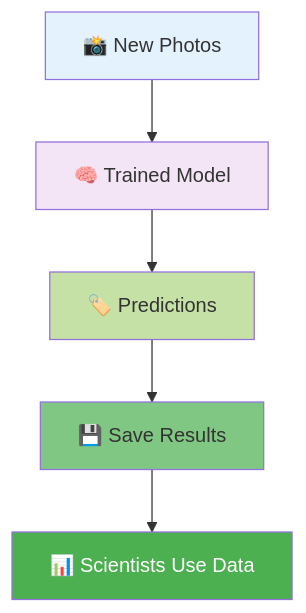
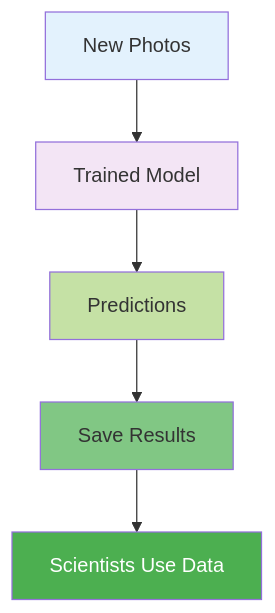
One commit to SITES-spectral/phenocai changed the first of 19 diagrams in docs/workflow_prediction.md. Above: the diagram before and after it, drawn with Mermaid. The commit also changed other lines of this file and 22 other files, not shown here.

````diff
--- a/docs/workflow_prediction.md
+++ b/docs/workflow_prediction.md
@@ -7,13 +7,13 @@
 ```mermaid
 graph TD
-    A[📸 New Photos] --> B[🧠 Trained Model]
-    B --> C[🏷️ Predictions]
-    C --> D[💾 Save Results]
-    D --> E[📊 Scientists Use Data]
+    A[New Photos] --> B[Trained Model]
+    B --> C[Predictions]
+    C --> D[Save Results]
+    D --> E[Scientists Use Data]
     
     style A fill:#e3f2fd
     style B fill:#f3e5f5
     style C fill:#c5e1a5
     style D fill:#81c784
     style E fill:#4caf50,color:#fff
 ```
````
